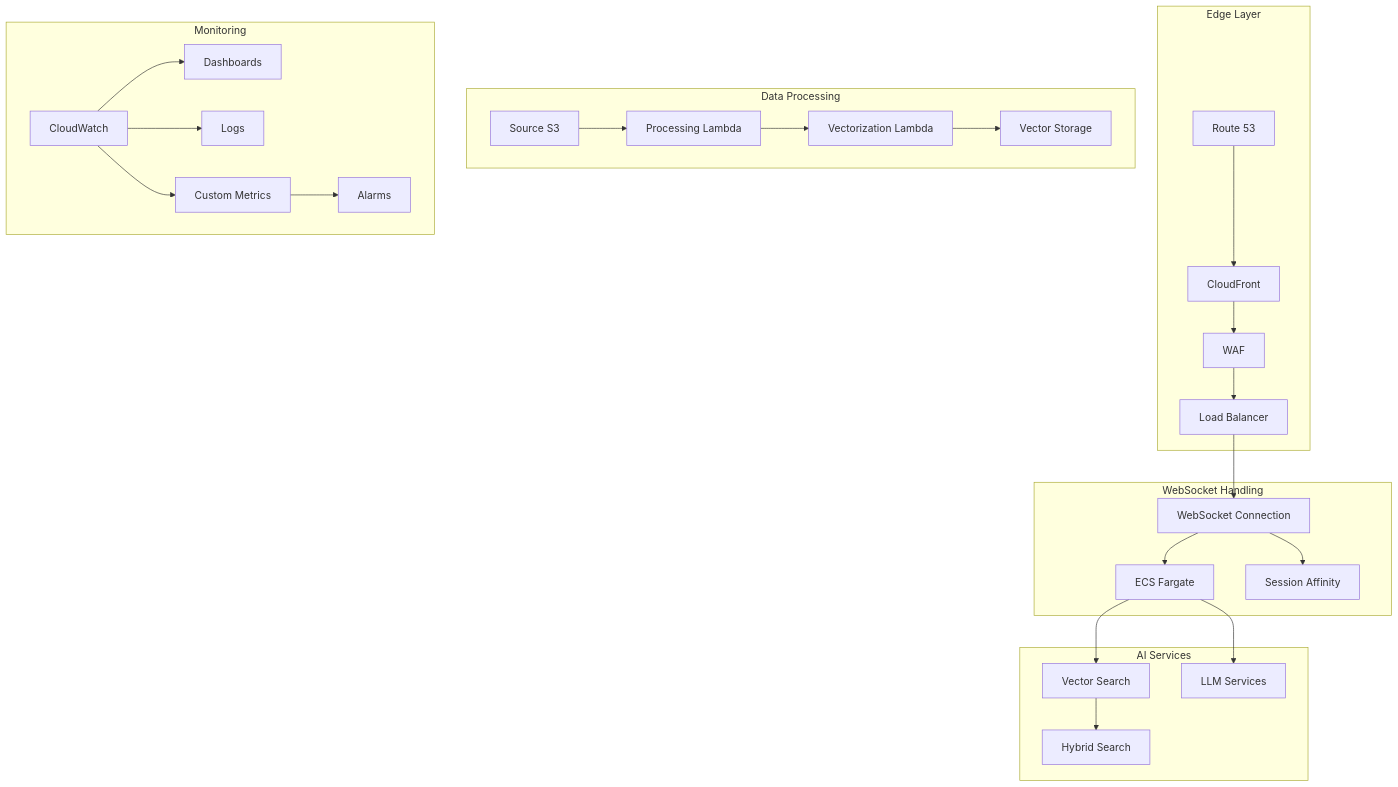
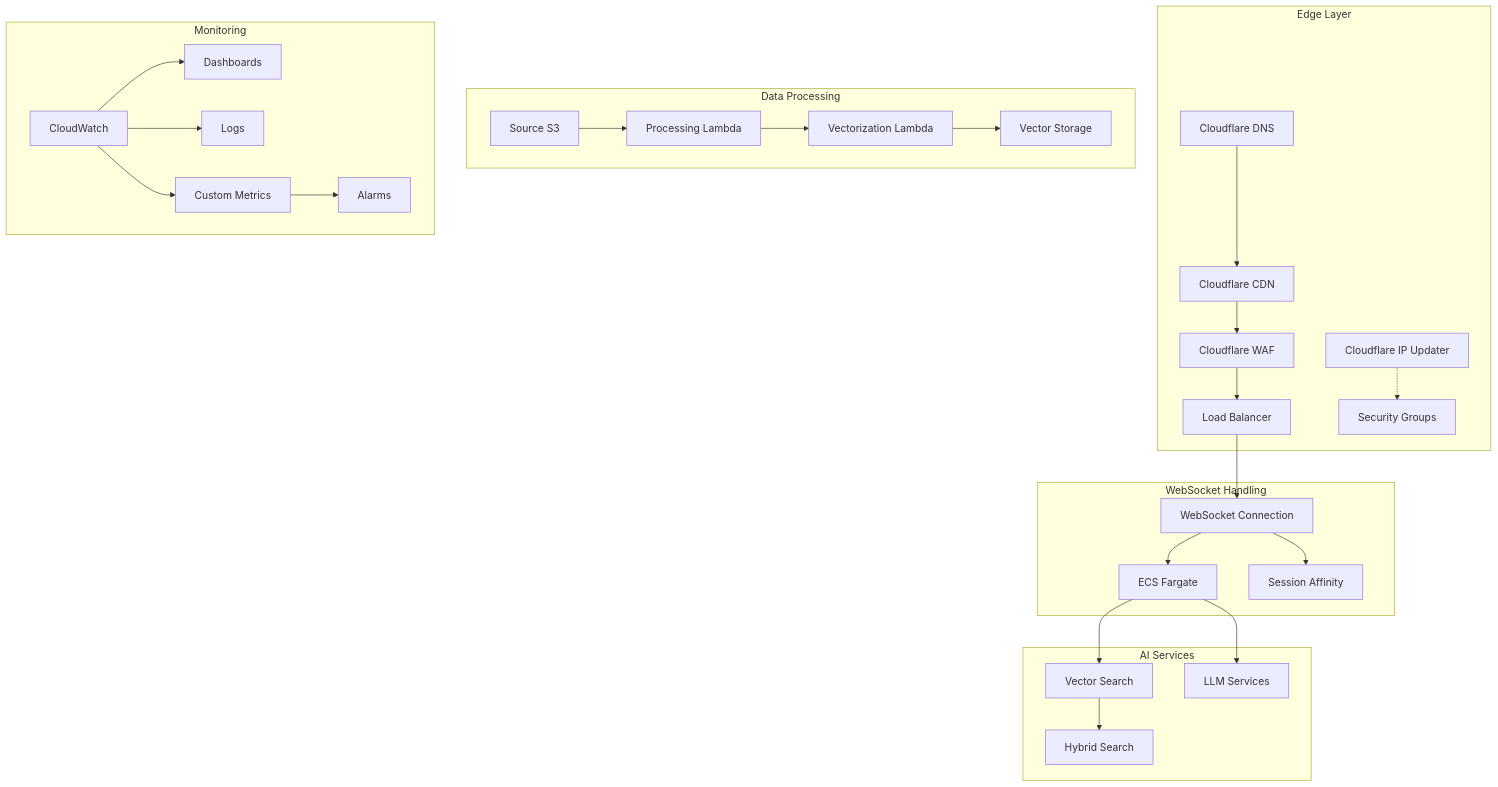
One commit to laialex501/lorechat-cdk changed the second of 3 diagrams in memory-bank/techContext.md. Above: the diagram before and after it, drawn with Mermaid. The commit also changed other lines of this file and 9 other files, not shown here.

Commit message:
Migrate from CloudFront to Cloudflare

````diff
--- a/memory-bank/techContext.md
+++ b/memory-bank/techContext.md
@@ -42,33 +42,34 @@
 ```mermaid
 graph TD
     subgraph "Edge Layer"
-        CF[CloudFront] --> WAF
+        CF[Cloudflare DNS] --> CDN[Cloudflare CDN]
+        CDN --> WAF[Cloudflare WAF]
         WAF --> ALB[Load Balancer]
-        R53[Route 53] --> CF
+        CIU[Cloudflare IP Updater] -.-> SG[Security Groups]
     end
     
     subgraph "WebSocket Handling"
         ALB --> WS[WebSocket Connection]
         WS --> ECS[ECS Fargate]
         WS --> SA[Session Affinity]
     end
     
     subgraph "Data Processing"
         S3[Source S3] --> PL[Processing Lambda]
         PL --> VL[Vectorization Lambda]
         VL --> VS[Vector Storage]
     end
     
     subgraph "AI Services"
         ECS --> Vec[Vector Search]
         ECS --> LLM[LLM Services]
         Vec --> Hyb[Hybrid Search]
     end
     
     subgraph "Monitoring"
         CW[CloudWatch] --> Dash[Dashboards]
         CW --> Log[Logs]
         CW --> Met[Custom Metrics]
         Met --> Alarm[Alarms]
     end
 ```
````
